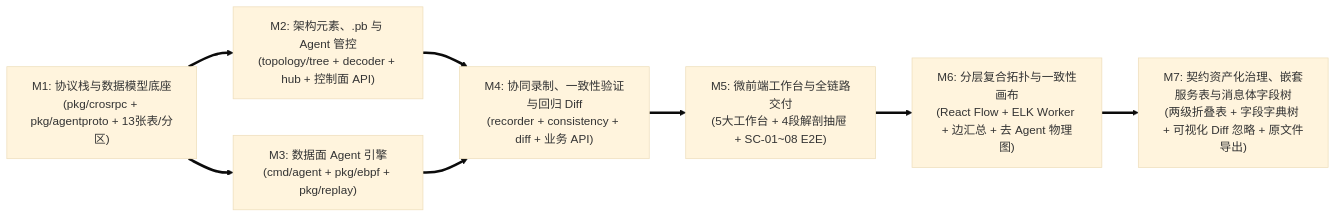
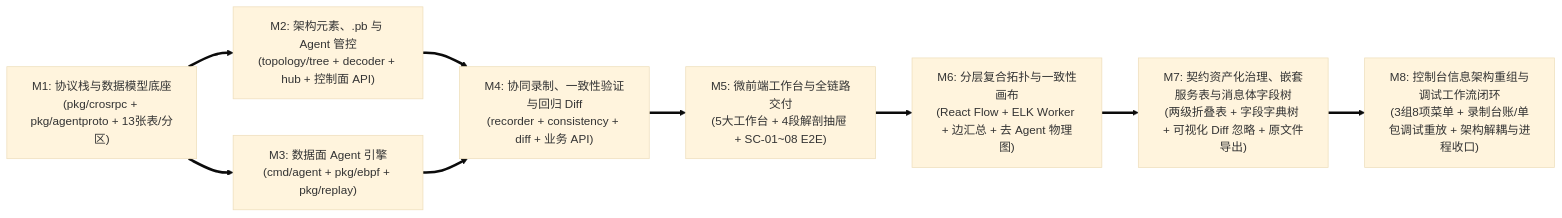
The diagram in docs/04-tasks/01-roadmap.md (fugui/code-traefik), drawn with Mermaid (base theme) before and after one commit. The commit also changed other lines of this file and 6 other files, not shown here.

````diff
--- a/docs/04-tasks/01-roadmap.md
+++ b/docs/04-tasks/01-roadmap.md
@@ -26,18 +26,20 @@
 ```mermaid
 flowchart LR
     M1["M1: 协议栈与数据模型底座<br/>(pkg/crosrpc + pkg/agentproto + 13张表/分区)"]
     M2["M2: 架构元素、.pb 与 Agent 管控<br/>(topology/tree + decoder + hub + 控制面 API)"]
     M3["M3: 数据面 Agent 引擎<br/>(cmd/agent + pkg/ebpf + pkg/replay)"]
     M4["M4: 协同录制、一致性验证与回归 Diff<br/>(recorder + consistency + diff + 业务 API)"]
     M5["M5: 微前端工作台与全链路交付<br/>(5大工作台 + 4段解剖抽屉 + SC-01~08 E2E)"]
 
     M1 ==> M2
     M1 ==> M3
     M2 ==> M4
     M3 ==> M4
     M4 ==> M5
     M5 ==> M6
     M6 ==> M7
+    M7 ==> M8
     M6["M6: 分层复合拓扑与一致性画布<br/>(React Flow + ELK Worker + 边汇总 + 去 Agent 物理图)"]
     M7["M7: 契约资产化治理、嵌套服务表与消息体字段树<br/>(两级折叠表 + 字段字典树 + 可视化 Diff 忽略 + 原文件导出)"]
+    M8["M8: 控制台信息架构重组与调试工作流闭环<br/>(3组8项菜单 + 录制台账/单包调试重放 + 架构解耦与进程收口)"]
 ```
````
